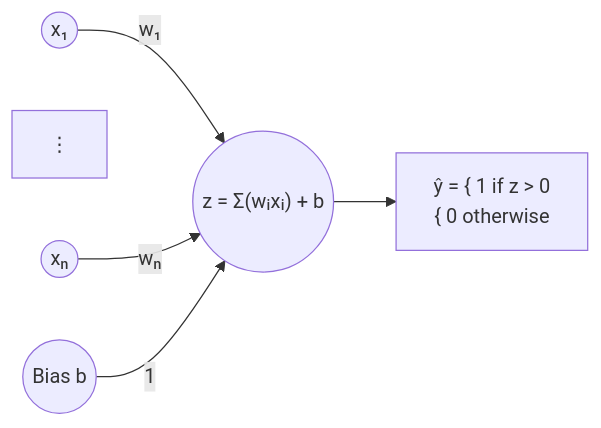
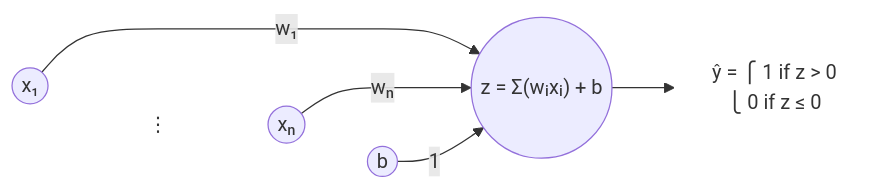
One commit to Ben-coder1/CMOR-438 changed the diagram in notebooks_and_data/perceptron/readme.md. Above: the diagram before and after it, drawn with Mermaid.

Commit message:
fixed readme again

````diff
--- a/notebooks_and_data/perceptron/readme.md
+++ b/notebooks_and_data/perceptron/readme.md
@@ -39,17 +39,28 @@
 ```mermaid
 flowchart LR
+    %% Define a style for nodes without borders/backgrounds
+    classDef plain fill:none,stroke:none,shadow:none;
+
+    %% Nodes
     x1(("x₁"))
-    dots["⋮"]
     xn(("xₙ"))
-    b(("Bias b"))
+    b(("b"))
+    
+    %% The ellipsis (⋮) uses the 'plain' style (free-standing)
+    dots["⋮"]:::plain
 
+    %% Processing Unit
     sum(("z = Σ(wᵢxᵢ) + b"))
     
-    y["ŷ = { 1  if  z > 0<br/>      { 0  otherwise"]
+    %% Output formatted as aligned cases, using 'plain' style (no box)
+    y["ŷ = ⎧ 1   if  z > 0<br/>      ⎩ 0   if  z ≤ 0"]:::plain
 
+    %% Connections
     x1 -- "w₁" --> sum
-    dots ~~~ sum
     xn -- "wₙ" --> sum
     b -- "1" --> sum
     sum --> y
+
+    %% Force layout order (Vertical stacking)
+    x1 ~~~ dots ~~~ xn ~~~ b
 ```
````
